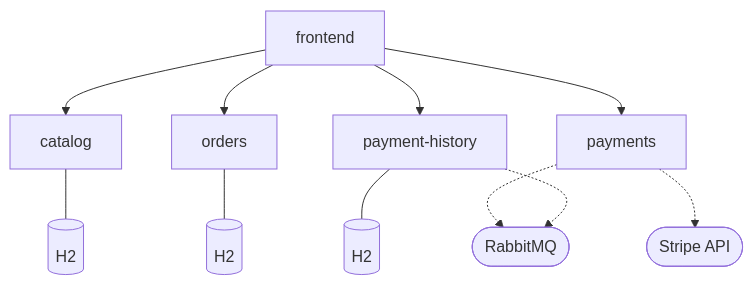
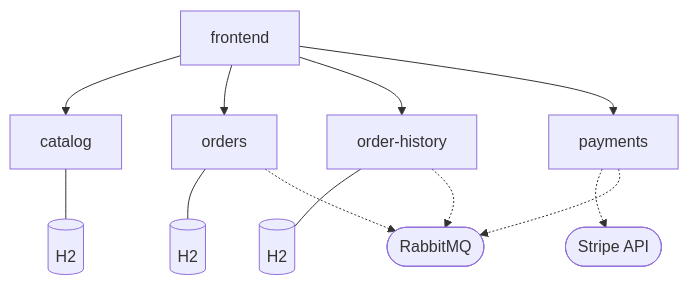
Before and after one commit to btjimerson/cloud-cart: the diagram in docs/architecture.md, drawn with Mermaid. The commit also changed 51 other files, not shown here.

First line of the commit message:
Add event choreography with order-history service and pub/sub messaging

````diff
--- a/docs/architecture.md
+++ b/docs/architecture.md
@@ -1,29 +1,30 @@
 ```mermaid
 graph TD
     frontend["frontend"]
 
     catalog["catalog"]
     orders["orders"]
-    payment-history["payment-history"]
+    order-history["order-history"]
     payments["payments"]
 
     catalog_db[("H2")]
     orders_db[("H2")]
-    payment_history_db[("H2")]
+    order_history_db[("H2")]
 
     stripe(["Stripe API"])
     rabbitmq(["RabbitMQ"])
 
     frontend --> catalog
     frontend --> orders
-    frontend --> payment-history
+    frontend --> order-history
     frontend --> payments
 
     catalog --- catalog_db
     orders --- orders_db
-    payment-history --- payment_history_db
+    order-history --- order_history_db
 
     payments -.-> stripe
     payments -.-> rabbitmq
-    payment-history -.-> rabbitmq
+    orders -.-> rabbitmq
+    order-history -.-> rabbitmq
 ```
````
